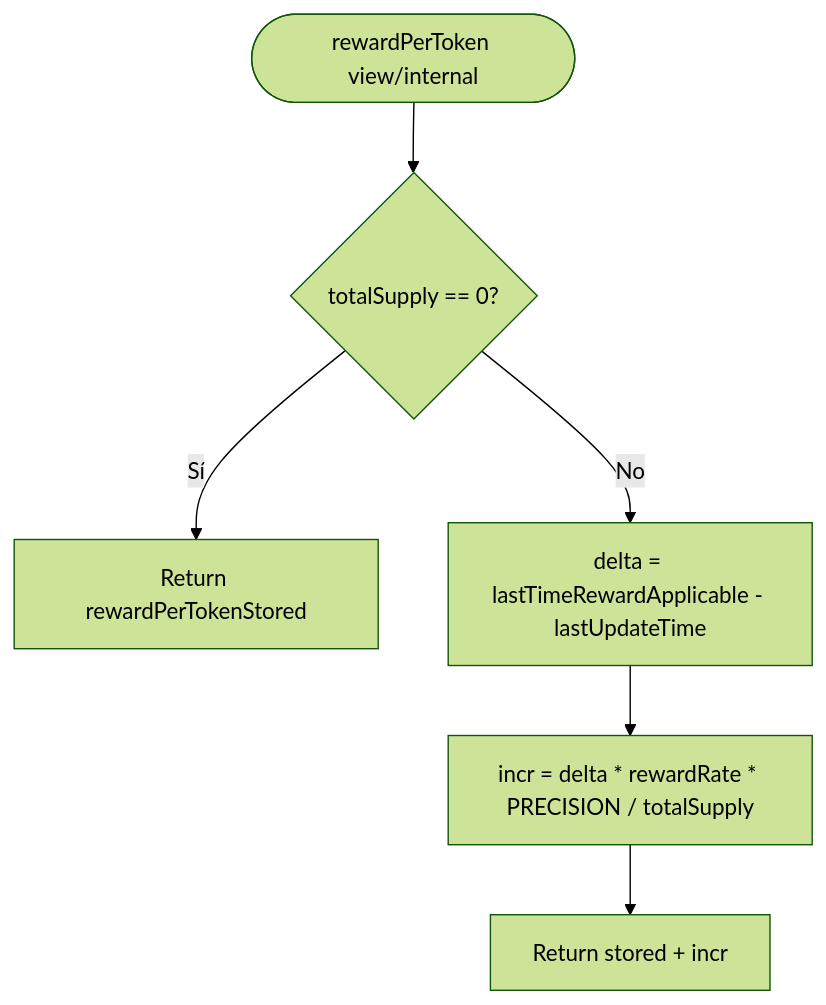
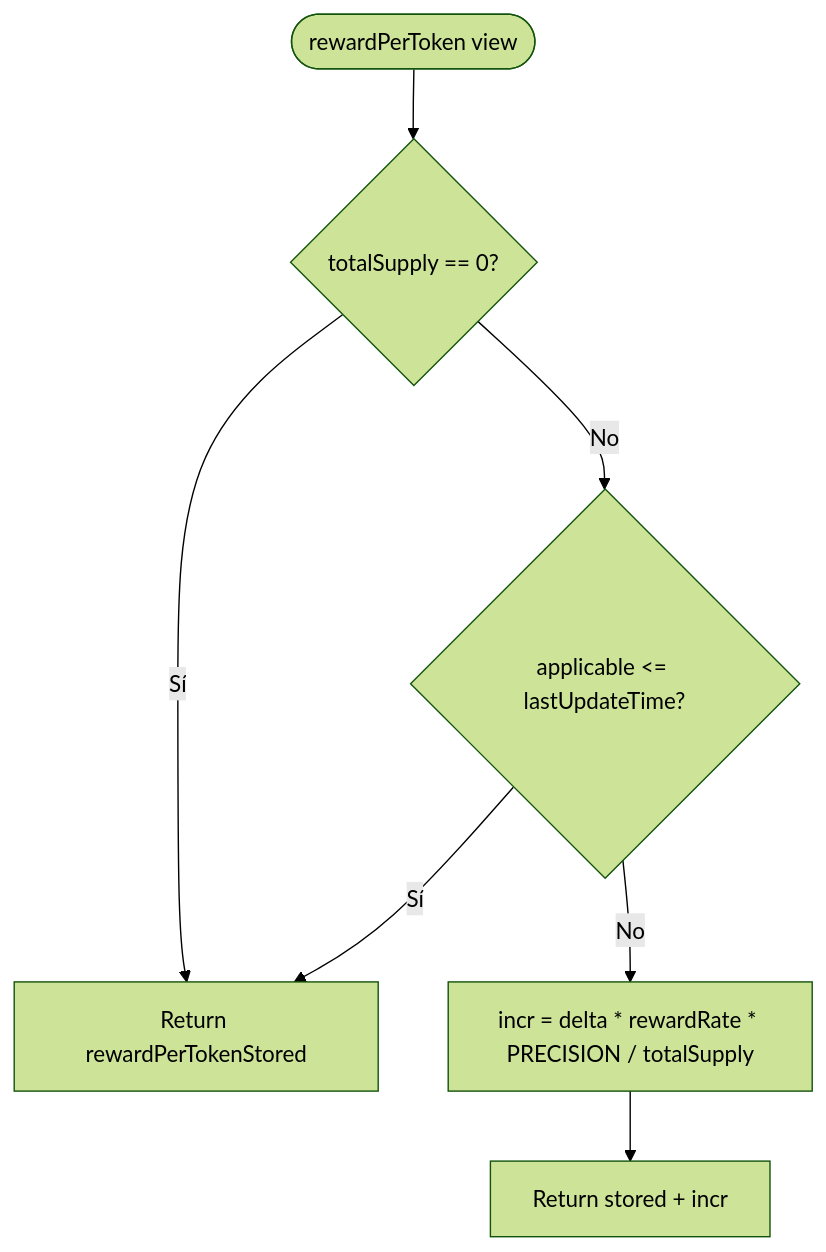
One commit to rastrahm/staking changed the third of 10 diagrams in doc/03-flujograma.md. Above: the diagram before and after it, drawn with Mermaid (forest theme). The commit also changed other lines of this file and 9 other files, not shown here.

````diff
--- a/doc/03-flujograma.md
+++ b/doc/03-flujograma.md
@@ -42,8 +45,9 @@
 ```mermaid
 flowchart TD
-    A([rewardPerToken view/internal]) --> B{totalSupply == 0?}
+    A([rewardPerToken view]) --> B{totalSupply == 0?}
     B -->|Sí| C[Return rewardPerTokenStored]
-    B -->|No| D[delta = lastTimeRewardApplicable - lastUpdateTime]
-    D --> E["incr = delta * rewardRate * PRECISION / totalSupply"]
+    B -->|No| D{applicable <= lastUpdateTime?}
+    D -->|Sí| C
+    D -->|No| E["incr = delta * rewardRate * PRECISION / totalSupply"]
     E --> F[Return stored + incr]
 ```
````
